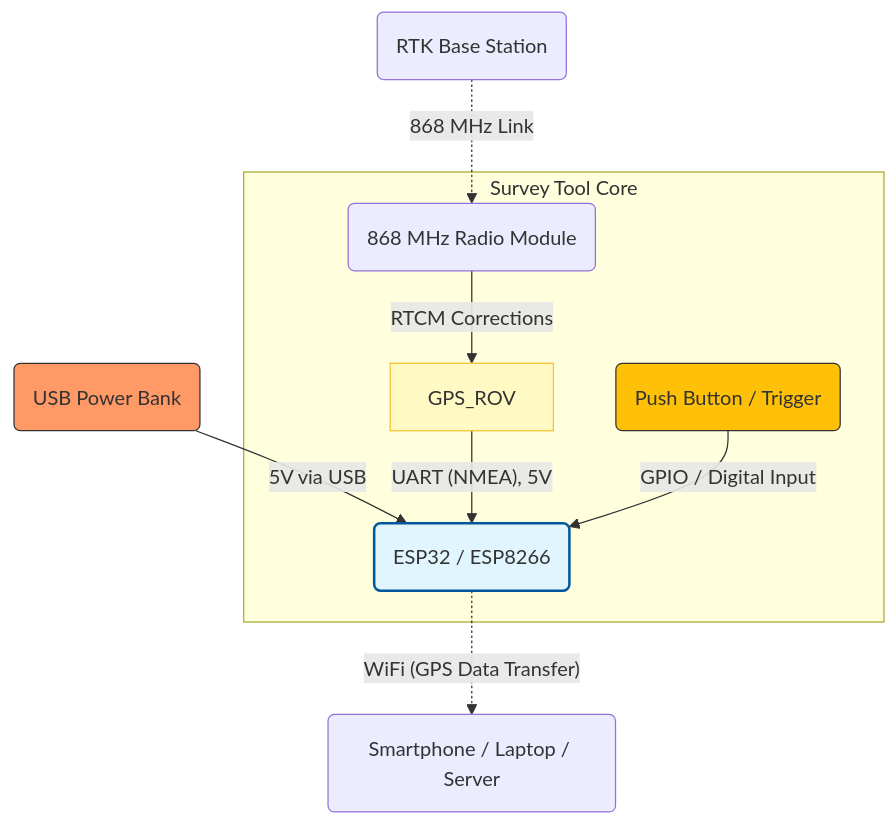
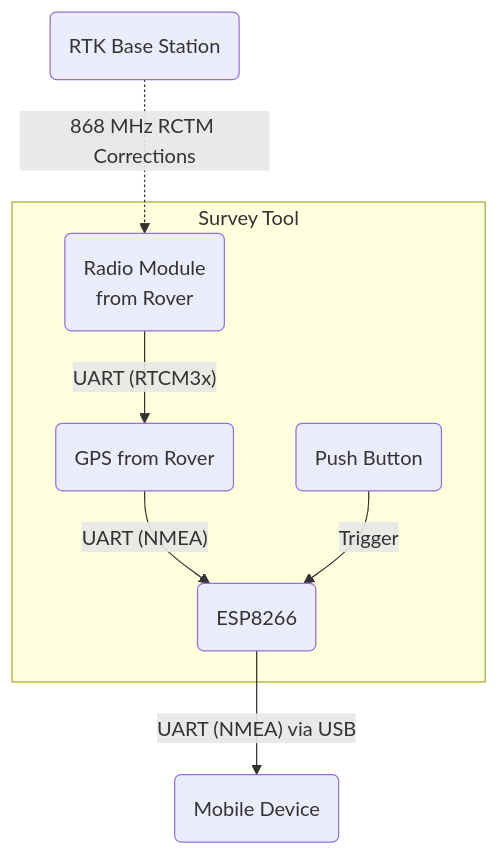
One commit to vBJohannes/RoadMarkerBot changed the fourth of 4 diagrams in README.md. Above: the diagram before and after it, drawn with Mermaid. The commit also changed other lines of this file, not shown here.

````diff
--- a/README.md
+++ b/README.md
@@ -126,28 +100,21 @@
 ```mermaid
 graph TD
-    %% Power Source
-    PB(USB Power Bank) -- "5V via USB" --> ESP(ESP32 / ESP8266)
     
     %% Communication & Interface
-    subgraph Handheld_Unit [Survey Tool Core]
+    subgraph Handheld_Unit [Survey Tool]
         ESP
-        BTN(Push Button / Trigger)
-        GPS_ROV
-        RADIO(868 MHz Radio Module)
+        BTN(Push Button)
+        GPS_ROV(GPS from Rover)
+        RADIO(Radio Module<br>from Rover)
     end
+    ESP(ESP8266)
 
     %% Data Connections
-    RADIO -- "RTCM Corrections" --> GPS_ROV
-    GPS_ROV -- "UART (NMEA), 5V" --> ESP
-    BTN -- "GPIO / Digital Input" --> ESP
+    RADIO -- "UART (RTCM3x)" --> GPS_ROV
+    GPS_ROV -- "UART (NMEA)" --> ESP
+    BTN -- "Trigger" --> ESP
 
     %% External Links
-    BASE(RTK Base Station) -. "868 MHz Link" .-> RADIO
-    ESP -. "WiFi (GPS Data Transfer)" .-> SERVER(Smartphone / Laptop / Server)
-
-    %% Styling
-    style PB fill:#f96,stroke:#333
-    style ESP fill:#e1f5fe,stroke:#01579b,stroke-width:2px
-    style BTN fill:#ffc107,stroke:#333
-    style GPS_ROV fill:#fff9c4,stroke:#fbc02d
+    BASE(RTK Base Station) -. "868 MHz RCTM Corrections" .-> RADIO
+    ESP -- "UART (NMEA) via USB" --> SERVER(Mobile Device)
 ```
````
